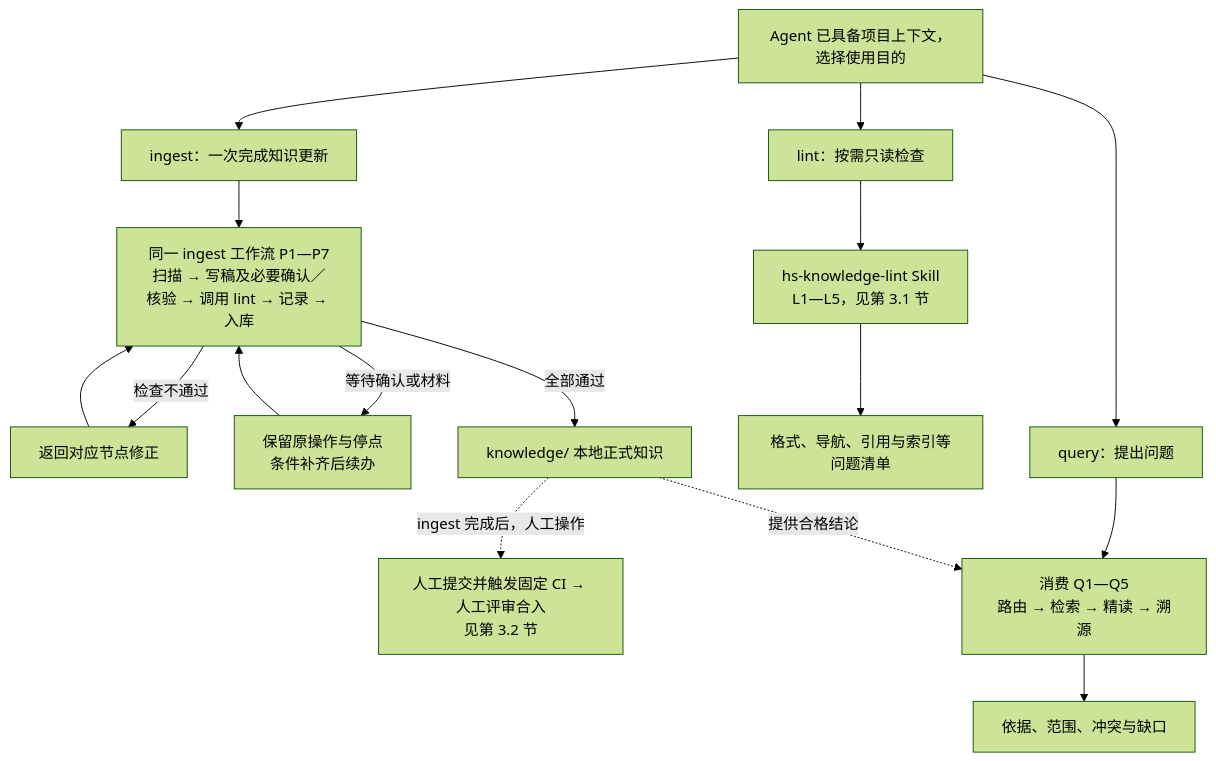
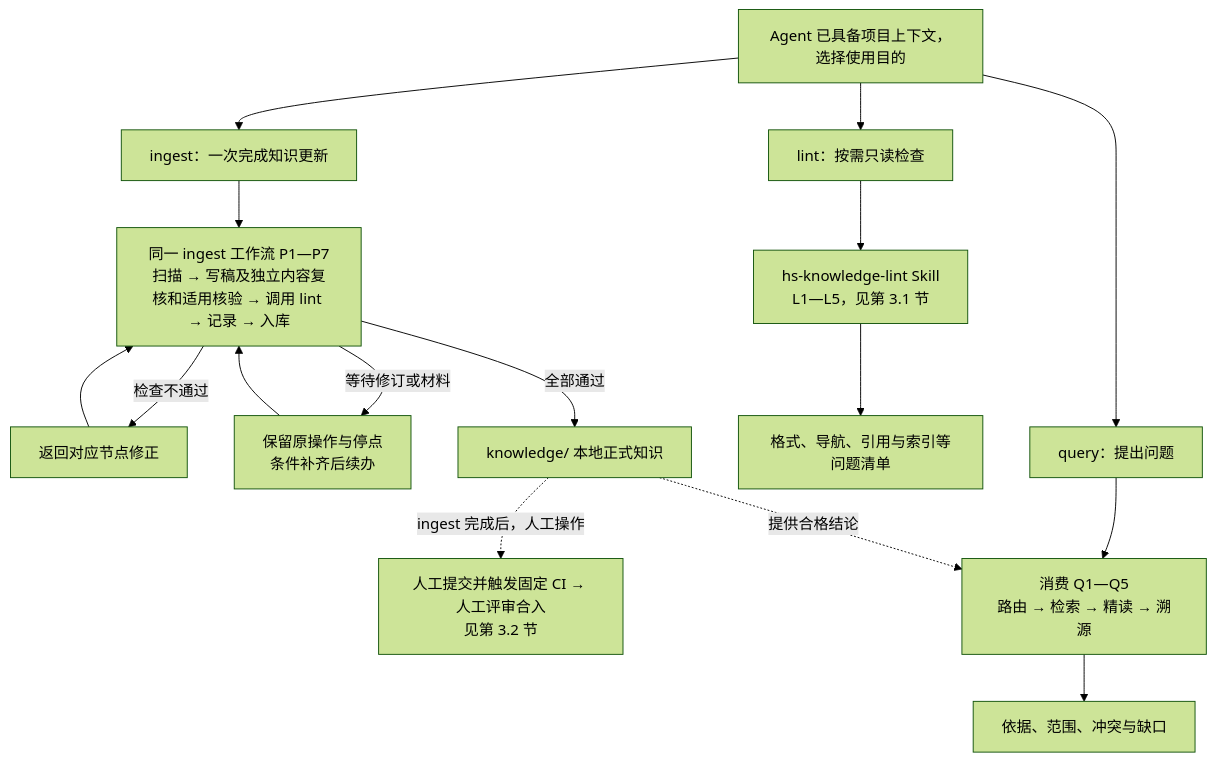
One commit to Robin-hhc/FactumCore changed the second of 20 diagrams in aiotbot-knowledge-wifi-mp/docs-llm-wiki/知识库详细设计.md. Above: the diagram before and after it, drawn with Mermaid (forest theme). The commit also changed other lines of this file and 115 other files, not shown here.

````diff
--- a/aiotbot-knowledge-wifi-mp/docs-llm-wiki/知识库详细设计.md
+++ b/aiotbot-knowledge-wifi-mp/docs-llm-wiki/知识库详细设计.md
@@ -47,18 +47,18 @@
 ```mermaid
 flowchart TD
     U["Agent 已具备项目上下文，选择使用目的"] --> IN["ingest：一次完成知识更新"]
-    IN --> P["同一 ingest 工作流 P1—P7<br/>扫描 → 写稿及必要确认／核验 → 调用 lint → 记录 → 入库"]
+    IN --> P["同一 ingest 工作流 P1—P7<br/>扫描 → 写稿及独立内容复核和适用核验 → 调用 lint → 记录 → 入库"]
     P -->|"检查不通过"| FIX["返回对应节点修正"]
     FIX --> P
-    P -->|"等待确认或材料"| WAIT["保留原操作与停点<br/>条件补齐后续办"]
+    P -->|"等待修订或材料"| WAIT["保留原操作与停点<br/>条件补齐后续办"]
     WAIT --> P
     P -->|"全部通过"| K["knowledge/ 本地正式知识"]
     K -. "ingest 完成后，人工操作" .-> CI["人工提交并触发固定 CI → 人工评审合入<br/>见第 3.2 节"]
     U --> LI["lint：按需只读检查"]
     LI --> LINT["hs-knowledge-lint Skill<br/>L1—L5，见第 3.1 节"]
     LINT --> REPORT["格式、导航、引用与索引等问题清单"]
     U --> QU["query：提出问题"]
     QU --> Q["消费 Q1—Q5<br/>路由 → 检索 → 精读 → 溯源"]
     K -. "提供合格结论" .-> Q
     Q --> A["依据、范围、冲突与缺口"]
 ```
````
